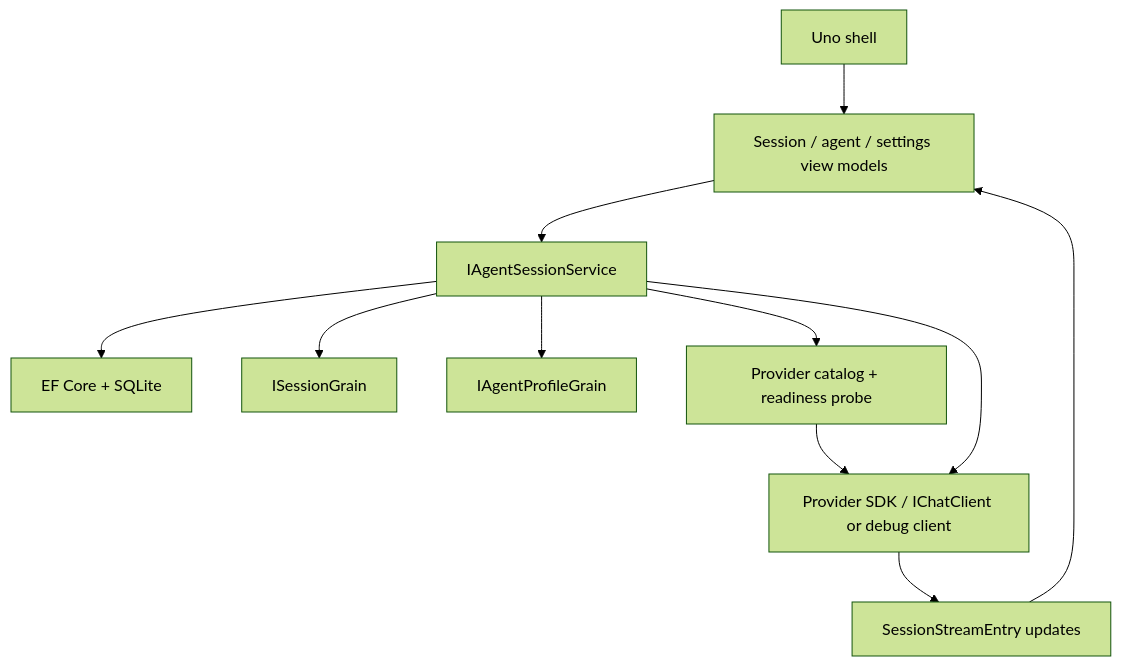
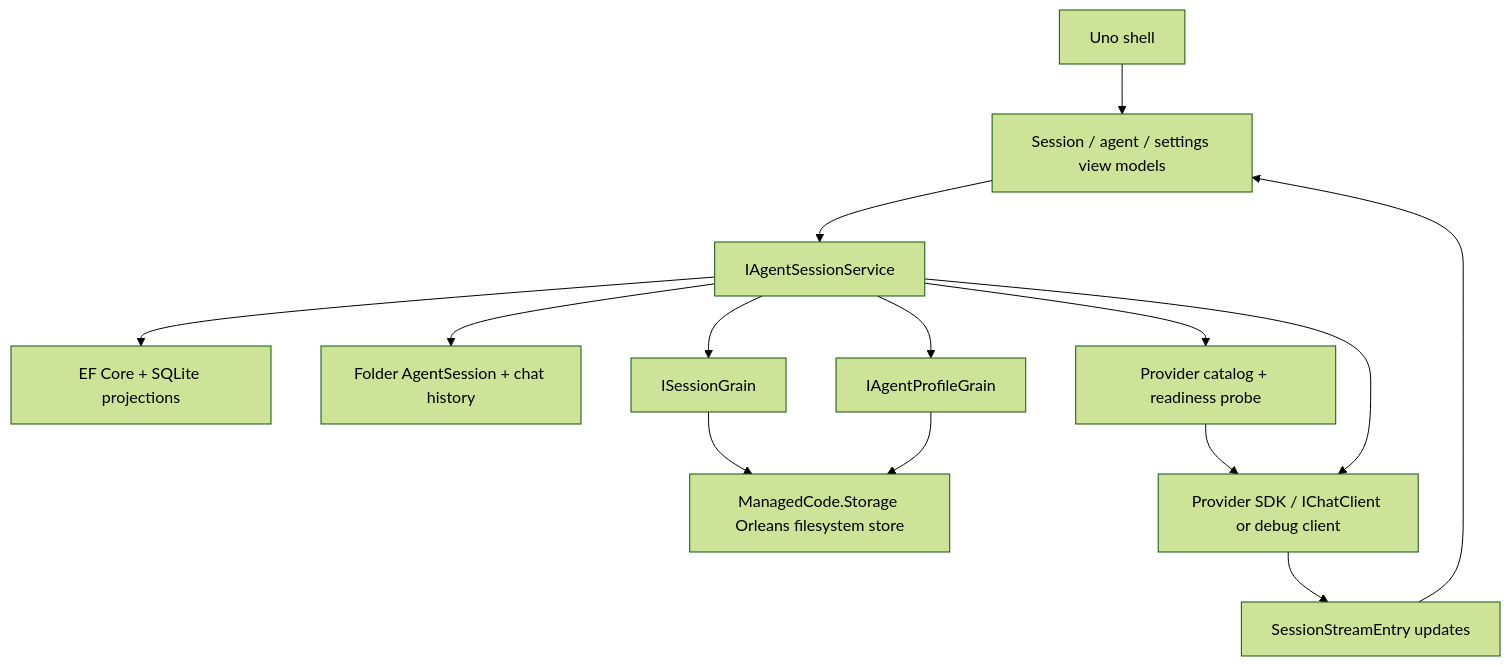
One commit to managedcode/dotPilot changed the third of 4 diagrams in docs/Architecture.md. Above: the diagram before and after it, drawn with Mermaid (forest theme). The commit also changed other lines of this file and 2 other files, not shown here.

Commit message:
Persist local agent history and grain state

````diff
--- a/docs/Architecture.md
+++ b/docs/Architecture.md
@@ -81,23 +81,28 @@
 ```mermaid
 flowchart TD
   Ui["Uno shell"]
   ViewModels["Session / agent / settings view models"]
   Service["IAgentSessionService"]
-  Store["EF Core + SQLite"]
+  ProjectionStore["EF Core + SQLite projections"]
+  SessionStore["Folder AgentSession + chat history"]
   SessionGrain["ISessionGrain"]
   AgentGrain["IAgentProfileGrain"]
+  GrainStore["ManagedCode.Storage Orleans filesystem store"]
   ProviderCatalog["Provider catalog + readiness probe"]
   ProviderClient["Provider SDK / IChatClient or debug client"]
   Stream["SessionStreamEntry updates"]
 
   Ui --> ViewModels
   ViewModels --> Service
-  Service --> Store
+  Service --> ProjectionStore
+  Service --> SessionStore
   Service --> SessionGrain
   Service --> AgentGrain
+  SessionGrain --> GrainStore
+  AgentGrain --> GrainStore
   Service --> ProviderCatalog
   ProviderCatalog --> ProviderClient
   Service --> ProviderClient
   ProviderClient --> Stream
   Stream --> ViewModels
 ```
````
